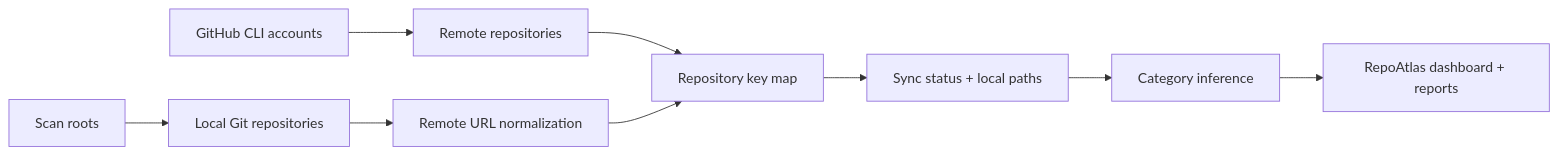
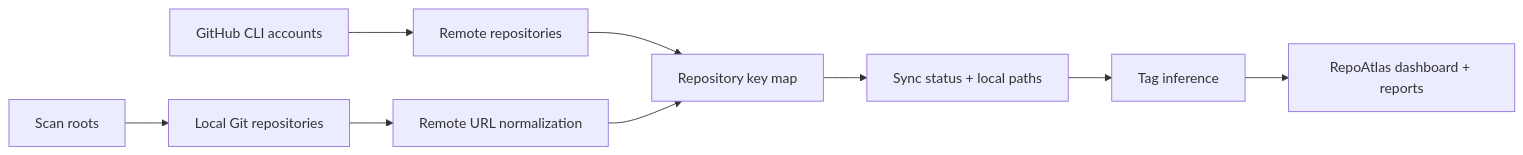
The diagram in README.md (Harzva/RepoAtlas), drawn with Mermaid before and after one commit. The commit also changed other lines of this file and 8 other files, not shown here.

````diff
--- a/README.md
+++ b/README.md
@@ -121,11 +121,11 @@
 ```mermaid
 flowchart LR
   A["GitHub CLI accounts"] --> B["Remote repositories"]
   C["Scan roots"] --> D["Local Git repositories"]
   D --> E["Remote URL normalization"]
   B --> F["Repository key map"]
   E --> F
   F --> G["Sync status + local paths"]
-  G --> H["Category inference"]
+  G --> H["Tag inference"]
   H --> I["RepoAtlas dashboard + reports"]
 ```
````
